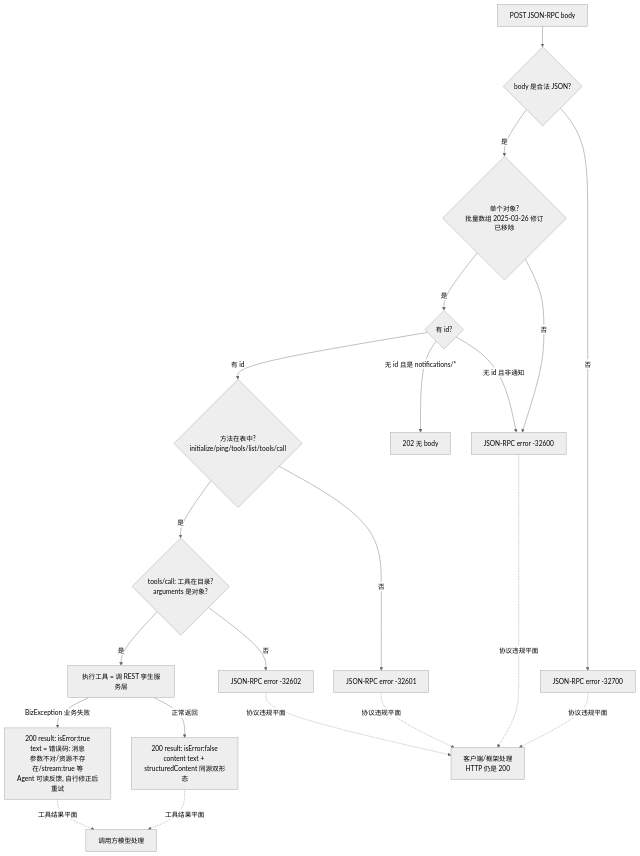
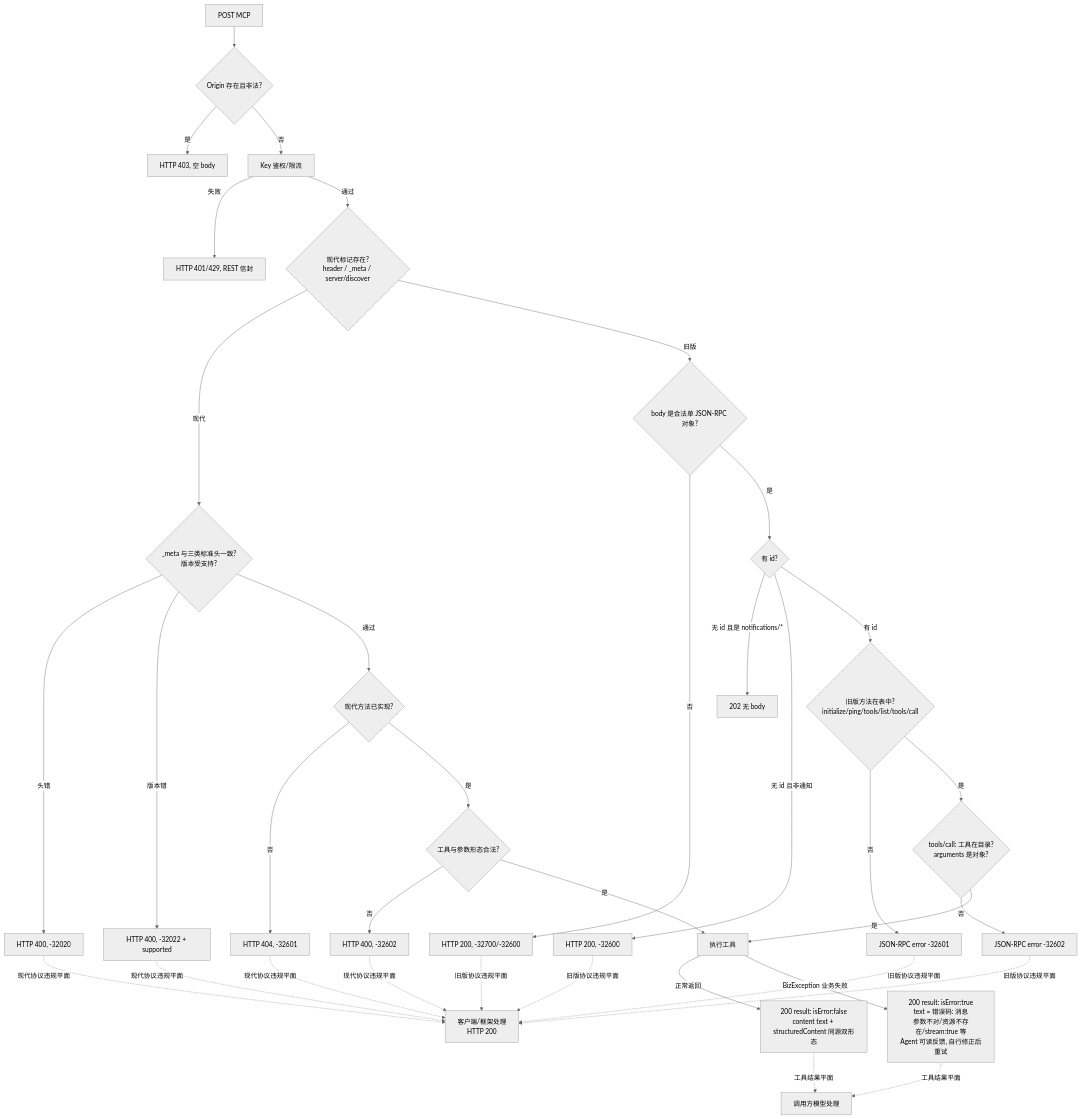
Diagram 18 of 18 in kb-rag-deploy/docs/FLOWS.md (liulangjietou/kb-rag), drawn with Mermaid (neutral theme) before and after one commit. The commit also changed other lines of this file and 23 other files, not shown here.

````diff
--- a/kb-rag-deploy/docs/FLOWS.md
+++ b/kb-rag-deploy/docs/FLOWS.md
@@ -527,19 +536,31 @@
 ```mermaid
 flowchart TD
-    Q[POST JSON-RPC body] --> P{body 是合法 JSON?}
-    P -- 否 --> E1[JSON-RPC error -32700]
-    P -- 是 --> B{单个对象?<br/>批量数组 2025-03-26 修订已移除}
-    B -- 否 --> E2[JSON-RPC error -32600]
-    B -- 是 --> ID{有 id?}
+    Q[POST MCP] --> O{Origin 存在且非法?}
+    O -- 是 --> O403[HTTP 403, 空 body]
+    O -- 否 --> A[Key 鉴权/限流]
+    A -- 失败 --> AR[HTTP 401/429, REST 信封]
+    A -- 通过 --> P{现代标记存在?<br/>header / _meta / server/discover}
+    P -- 现代 --> H{_meta 与三类标准头一致?<br/>版本受支持?}
+    H -- 头错 --> H400[HTTP 400, -32020]
+    H -- 版本错 --> V400[HTTP 400, -32022 + supported]
+    H -- 通过 --> MM{现代方法已实现?}
+    MM -- 否 --> M404[HTTP 404, -32601]
+    MM -- 是 --> MT{工具与参数形态合法?}
+    MT -- 否 --> P400[HTTP 400, -32602]
+    MT -- 是 --> X[执行工具]
+    P -- 旧版 --> J{body 是合法单 JSON-RPC 对象?}
+    J -- 否 --> E1[HTTP 200, -32700/-32600]
+    J -- 是 --> ID{有 id?}
     ID -- 无 id 且是 notifications/* --> N[202 无 body]
-    ID -- 无 id 且非通知 --> E2
-    ID -- 有 id --> M{方法在表中?<br/>initialize/ping/tools/list/tools/call}
+    ID -- 无 id 且非通知 --> E2[HTTP 200, -32600]
+    ID -- 有 id --> M{旧版方法在表中?<br/>initialize/ping/tools/list/tools/call}
     M -- 否 --> E3[JSON-RPC error -32601]
     M -- 是 --> T{tools/call: 工具在目录?<br/>arguments 是对象?}
     T -- 否 --> E4[JSON-RPC error -32602]
-    T -- 是 --> X[执行工具 = 调 REST 孪生服务层]
+    T -- 是 --> X
     X -- 正常返回 --> OK[200 result: isError:false<br/>content text + structuredContent 同源双形态]
     X -- BizException 业务失败 --> BE[200 result: isError:true<br/>text = 错误码: 消息<br/>参数不对/资源不存在/stream:true 等<br/>Agent 可读反馈, 自行修正后重试]
-    E1 & E2 & E3 & E4 -.协议违规平面.-> PL[客户端/框架处理<br/>HTTP 仍是 200]
+    E1 & E2 & E3 & E4 -.旧版协议违规平面.-> PL[客户端/框架处理<br/>HTTP 200]
+    H400 & V400 & M404 & P400 -.现代协议违规平面.-> PL
     OK & BE -.工具结果平面.-> ML[调用方模型处理]
 ```
````
